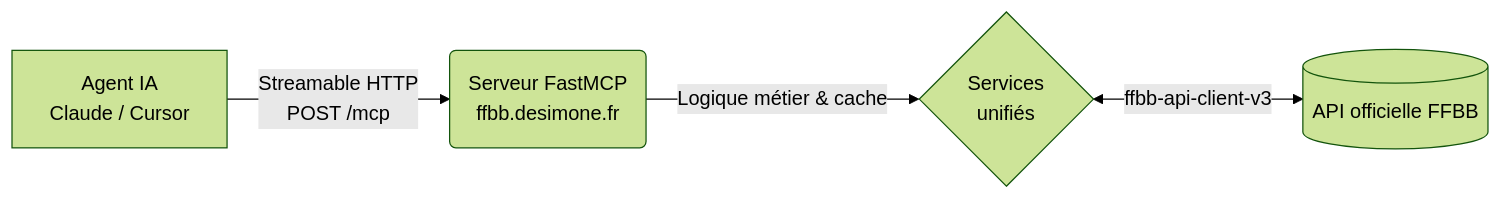
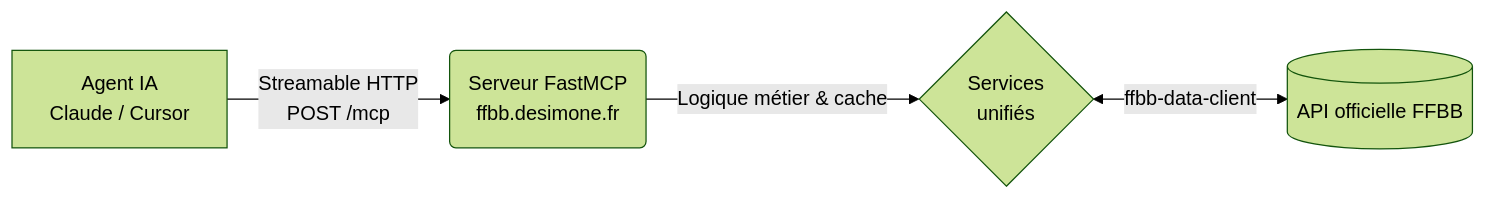
The diagram in README.md (nickdesi/FFBB-MCP-Server), drawn with Mermaid (forest theme) before and after one commit. The commit also changed other lines of this file and 14 other files, not shown here.

First line of the commit message:
chore: migrate from ffbb-api-client-v3 to ffbb-data-client (#60)

````diff
--- a/README.md
+++ b/README.md
@@ -93,6 +93,6 @@
 ```mermaid
 flowchart LR
     A["Agent IA\nClaude / Cursor"] -->|"Streamable HTTP\nPOST /mcp"| B("Serveur FastMCP\nffbb.desimone.fr")
     B -->|"Logique métier & cache"| C{"Services\nunifiés"}
-    C <-->|"ffbb-api-client-v3"| D[("API officielle FFBB")]
+    C <-->|"ffbb-data-client"| D[("API officielle FFBB")]
 ```
````
